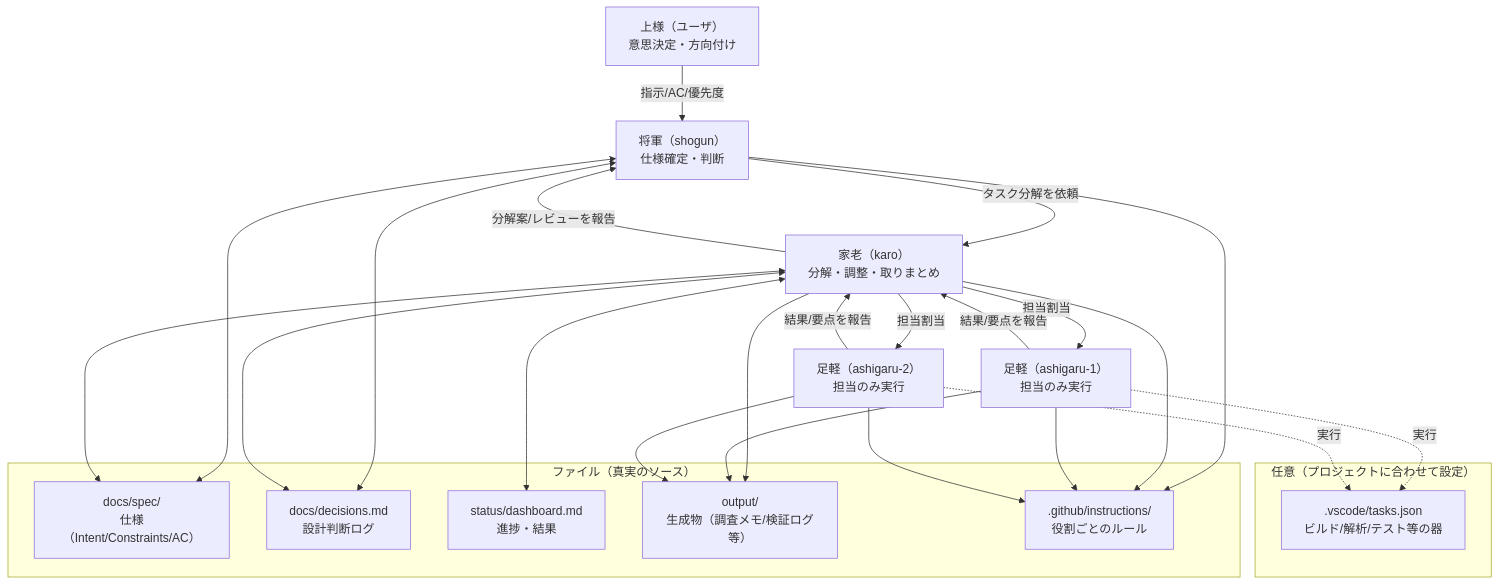
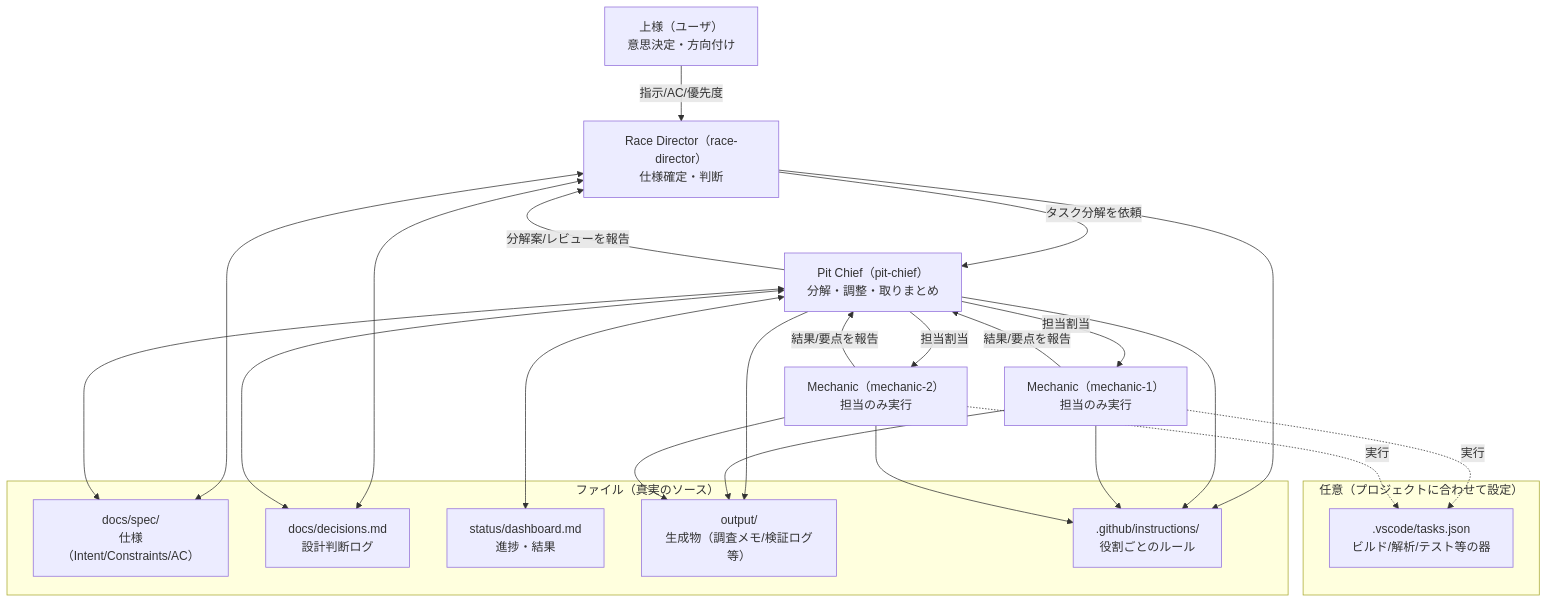
The diagram in README.md (Yosuke-Hayakawa/BaseSystem_YpVer), drawn with Mermaid before and after one commit. The commit also changed other lines of this file and 38 other files, not shown here.

````diff
--- a/README.md
+++ b/README.md
@@ -15,37 +15,37 @@
 ```mermaid
 flowchart TB
-	U[上様（ユーザ）\n意思決定・方向付け] -->|指示/AC/優先度| S[将軍（shogun）\n仕様確定・判断]
-	S -->|タスク分解を依頼| K[家老（karo）\n分解・調整・取りまとめ]
-	K -->|担当割当| A1[足軽（ashigaru-1）\n担当のみ実行]
-	K -->|担当割当| A2[足軽（ashigaru-2）\n担当のみ実行]
+	U[上様（ユーザ）\n意思決定・方向付け] -->|指示/AC/優先度| S[Race Director（race-director）\n仕様確定・判断]
+	S -->|タスク分解を依頼| K[Pit Chief（pit-chief）\n分解・調整・取りまとめ]
+	K -->|担当割当| A1[Mechanic（mechanic-1）\n担当のみ実行]
+	K -->|担当割当| A2[Mechanic（mechanic-2）\n担当のみ実行]
 	A1 -->|結果/要点を報告| K
 	A2 -->|結果/要点を報告| K
 	K -->|分解案/レビューを報告| S
 
 	subgraph Files[ファイル（真実のソース）]
 		SPEC[docs/spec/\n仕様（Intent/Constraints/AC）]
 		DEC[docs/decisions.md\n設計判断ログ]
 		DASH[status/dashboard.md\n進捗・結果]
 		OUT[output/\n生成物（調査メモ/検証ログ等）]
 		INS[.github/instructions/\n役割ごとのルール]
 	end
 
 	S <--> SPEC
 	K <--> SPEC
 	S <--> DEC
 	K <--> DEC
 	K <--> DASH
 	K --> OUT
 	A1 --> OUT
 	A2 --> OUT
 	S --> INS
 	K --> INS
 	A1 --> INS
 	A2 --> INS
 
 	subgraph Optional[任意（プロジェクトに合わせて設定）]
 		T[.vscode/tasks.json\nビルド/解析/テスト等の器]
 	end
 	A1 -. 実行 .-> T
 	A2 -. 実行 .-> T
 ```
````
